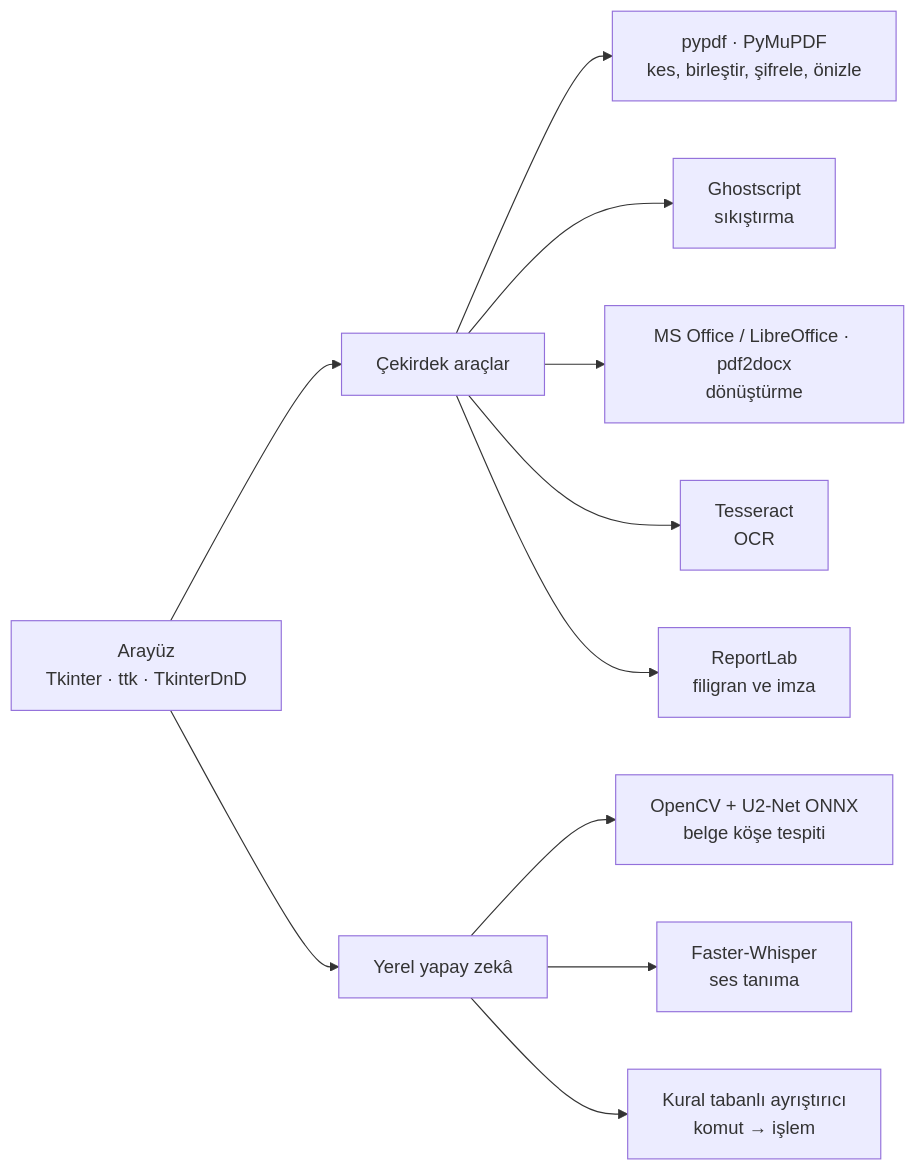
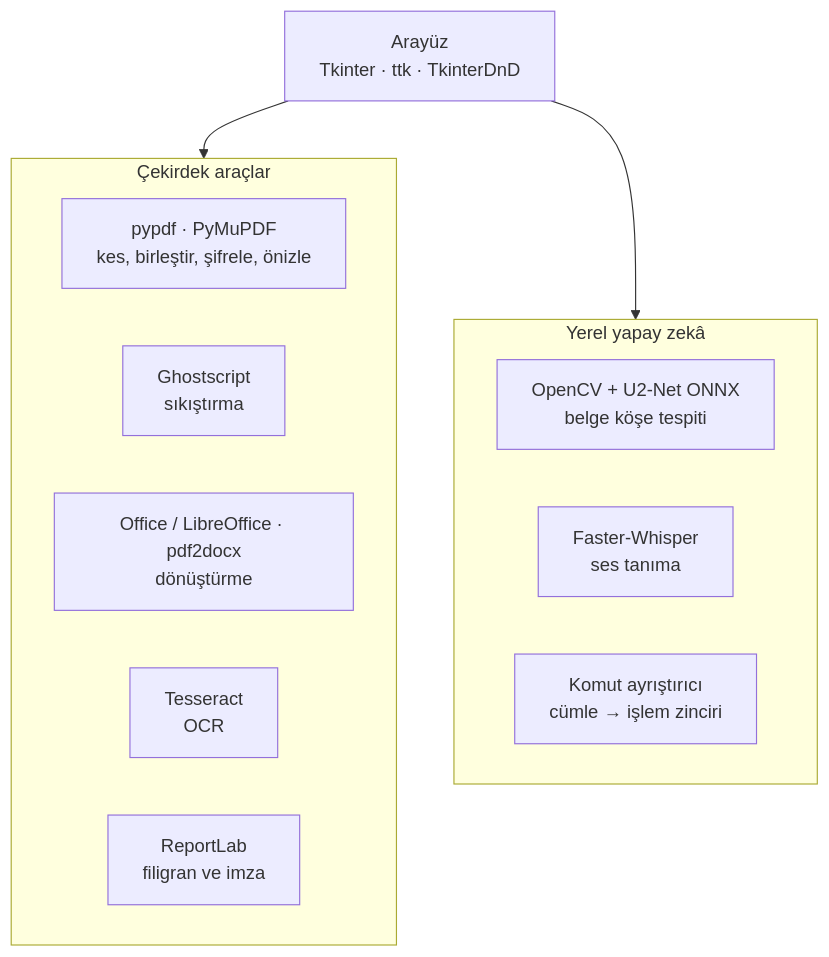
The first of 2 diagrams in README.md (AsirCan/PDFAura), drawn with Mermaid before and after one commit.

Commit message:
docs(readme): lay the architecture diagram out in two rows

````diff
--- a/README.md
+++ b/README.md
@@ -203,13 +203,20 @@
 ```mermaid
-flowchart LR
-    UI["Arayüz<br/>Tkinter · ttk · TkinterDnD"] --> Core["Çekirdek araçlar"]
-    UI --> AI["Yerel yapay zekâ"]
-    Core --> P1["pypdf · PyMuPDF<br/>kes, birleştir, şifrele, önizle"]
-    Core --> P2["Ghostscript<br/>sıkıştırma"]
-    Core --> P3["MS Office / LibreOffice · pdf2docx<br/>dönüştürme"]
-    Core --> P4["Tesseract<br/>OCR"]
-    Core --> P5["ReportLab<br/>filigran ve imza"]
-    AI --> A1["OpenCV + U2-Net ONNX<br/>belge köşe tespiti"]
-    AI --> A2["Faster-Whisper<br/>ses tanıma"]
-    AI --> A3["Kural tabanlı ayrıştırıcı<br/>komut → işlem"]
+flowchart TB
+    UI["Arayüz<br/>Tkinter · ttk · TkinterDnD"]
+    subgraph CORE["Çekirdek araçlar"]
+        direction LR
+        P1["pypdf · PyMuPDF<br/>kes, birleştir, şifrele, önizle"]
+        P2["Ghostscript<br/>sıkıştırma"]
+        P3["Office / LibreOffice · pdf2docx<br/>dönüştürme"]
+        P4["Tesseract<br/>OCR"]
+        P5["ReportLab<br/>filigran ve imza"]
+    end
+    subgraph AI["Yerel yapay zekâ"]
+        direction LR
+        A1["OpenCV + U2-Net ONNX<br/>belge köşe tespiti"]
+        A2["Faster-Whisper<br/>ses tanıma"]
+        A3["Komut ayrıştırıcı<br/>cümle → işlem zinciri"]
+    end
+    UI --> CORE
+    UI --> AI
 ```
````
